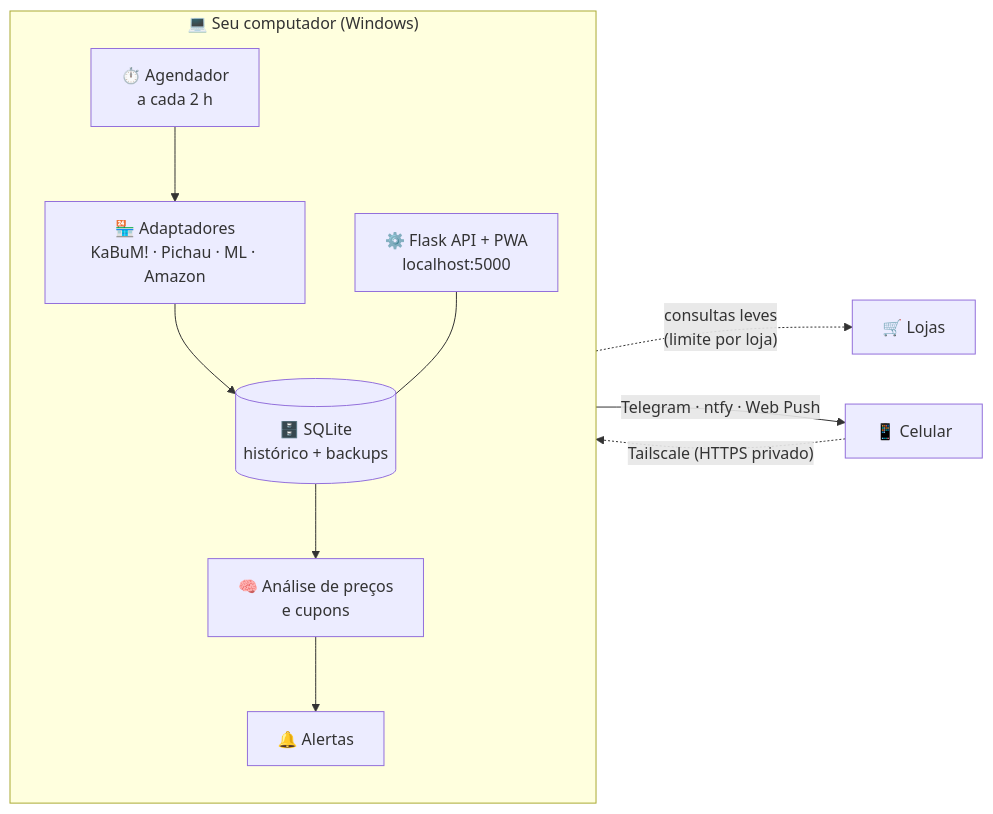
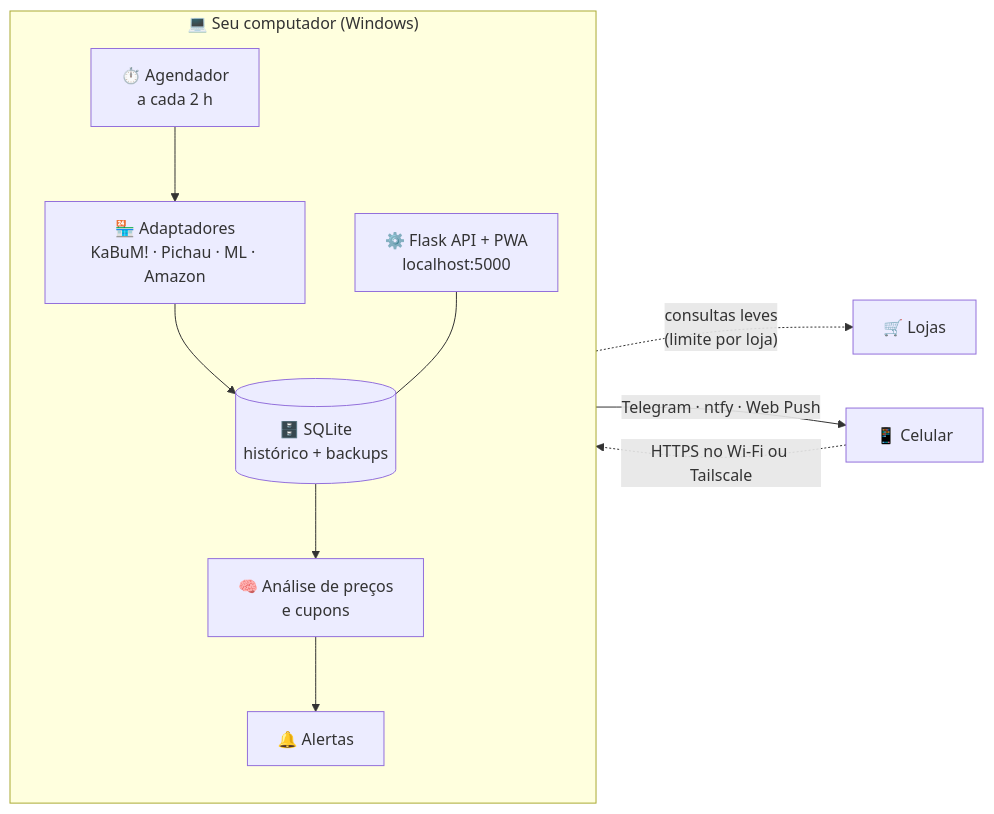
One commit to SouzaKaique/PriceWatch changed the diagram in README.md. Above: the diagram before and after it, drawn with Mermaid. The commit also changed other lines of this file and 29 other files, not shown here.

````diff
--- a/README.md
+++ b/README.md
@@ -88,14 +89,14 @@
 ```mermaid
 flowchart LR
     subgraph PC["💻 Seu computador (Windows)"]
         direction TB
         SCH["⏱️ Agendador<br/>a cada 2 h"] --> AD["🏪 Adaptadores<br/>KaBuM! · Pichau · ML · Amazon"]
         AD --> DB[("🗄️ SQLite<br/>histórico + backups")]
         DB --> AN["🧠 Análise de preços<br/>e cupons"]
         AN --> EV["🔔 Alertas"]
         API["⚙️ Flask API + PWA<br/>localhost:5000"] --- DB
     end
     AD -. "consultas leves<br/>(limite por loja)" .-> LOJAS["🛒 Lojas"]
     EV -- "Telegram · ntfy · Web Push" --> CEL["📱 Celular"]
-    CEL -. "Tailscale (HTTPS privado)" .-> API
+    CEL -. "HTTPS no Wi-Fi ou Tailscale" .-> API
 ```
````
